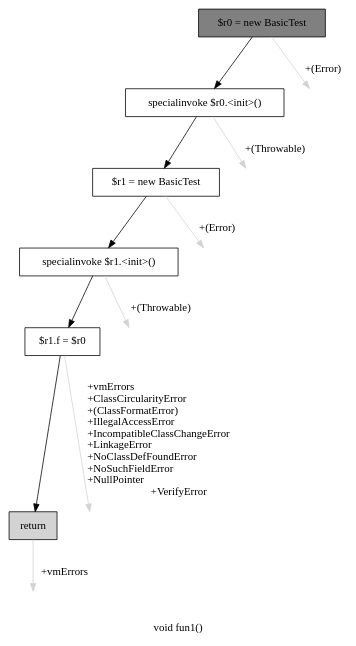
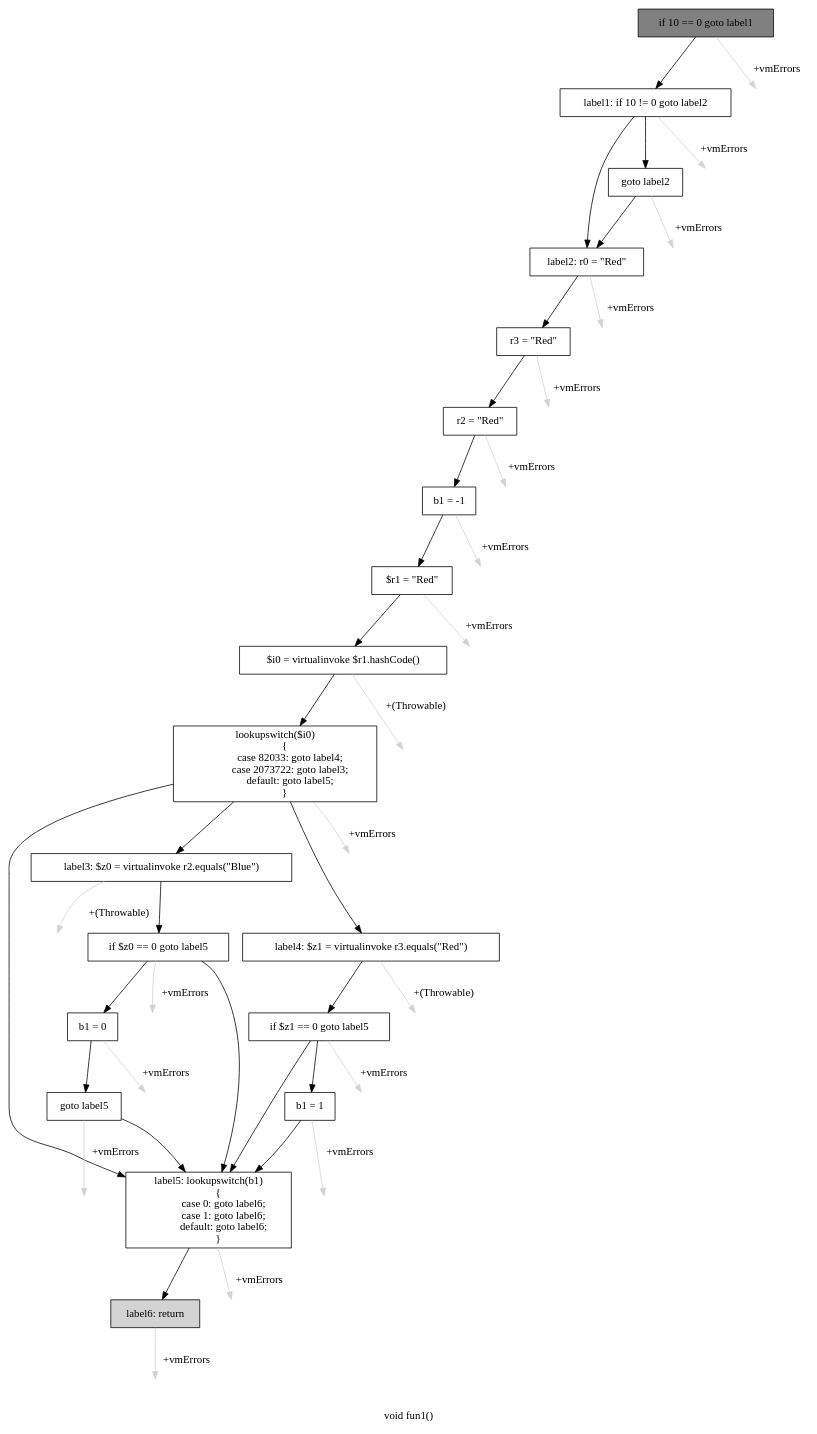
One commit to khushit-shah/PointsToAnalysisJava changed the diagram in cfg.dot. Above: the diagram before and after it, drawn with Graphviz. The commit also changed 13 other files, not shown here.

```diff
--- a/cfg.dot
+++ b/cfg.dot
@@ -1,27 +1,84 @@
 digraph "void fun1()" {
     label="void fun1()";
     node [shape=box];
-    "0" [style=filled,fillcolor=gray,label="$r0 = new BasicTest",];
-    "1" [label="specialinvoke $r0.<init>()",];
+    "0" [style=filled,fillcolor=gray,label="if 10 == 0 goto label1",];
+    "1" [label="label1: if 10 != 0 goto label2",];
     "0"->"1" [color=black,];
-    "6" [style=invis,label="Esc",];
-    "0"->"6" [color=lightgray,label="\l+(Error)",];
-    "2" [label="$r1 = new BasicTest",];
+    "19" [style=invis,label="Esc",];
+    "0"->"19" [color=lightgray,label="\l+vmErrors",];
+    "2" [label="goto label2",];
     "1"->"2" [color=black,];
-    "7" [style=invis,label="Esc",];
-    "1"->"7" [color=lightgray,label="\l+(Throwable)",];
-    "3" [label="specialinvoke $r1.<init>()",];
+    "3" [label="label2: r0 = \"Red\"",];
+    "1"->"3" [color=black,];
+    "20" [style=invis,label="Esc",];
+    "1"->"20" [color=lightgray,label="\l+vmErrors",];
     "2"->"3" [color=black,];
-    "8" [style=invis,label="Esc",];
-    "2"->"8" [color=lightgray,label="\l+(Error)",];
-    "4" [label="$r1.f = $r0",];
+    "21" [style=invis,label="Esc",];
+    "2"->"21" [color=lightgray,label="\l+vmErrors",];
+    "4" [label="r3 = \"Red\"",];
     "3"->"4" [color=black,];
-    "9" [style=invis,label="Esc",];
-    "3"->"9" [color=lightgray,label="\l+(Throwable)",];
-    "5" [style=filled,fillcolor=lightgray,label="return",];
+    "22" [style=invis,label="Esc",];
+    "3"->"22" [color=lightgray,label="\l+vmErrors",];
+    "5" [label="r2 = \"Red\"",];
     "4"->"5" [color=black,];
-    "10" [style=invis,label="Esc",];
-    "4"->"10" [color=lightgray,label="\l+vmErrors\l+ClassCircularityError\l+(ClassFormatError)\l+IllegalAccessError\l+IncompatibleClassChangeError\l+LinkageError\l+NoClassDefFoundError\l+NoSuchFieldError\l+NullPointer\l+VerifyError",];
-    "11" [style=invis,label="Esc",];
-    "5"->"11" [color=lightgray,label="\l+vmErrors",];
+    "23" [style=invis,label="Esc",];
+    "4"->"23" [color=lightgray,label="\l+vmErrors",];
+    "6" [label="b1 = -1",];
+    "5"->"6" [color=black,];
+    "24" [style=invis,label="Esc",];
+    "5"->"24" [color=lightgray,label="\l+vmErrors",];
+    "7" [label="$r1 = \"Red\"",];
+    "6"->"7" [color=black,];
+    "25" [style=invis,label="Esc",];
+    "6"->"25" [color=lightgray,label="\l+vmErrors",];
+    "8" [label="$i0 = virtualinvoke $r1.hashCode()",];
+    "7"->"8" [color=black,];
+    "26" [style=invis,label="Esc",];
+    "7"->"26" [color=lightgray,label="\l+vmErrors",];
+    "9" [label="lookupswitch($i0)\n        {\n            case 82033: goto label4;\n            case 2073722: goto label3;\n            default: goto label5;\n        }",];
+    "8"->"9" [color=black,];
+    "27" [style=invis,label="Esc",];
+    "8"->"27" [color=lightgray,label="\l+(Throwable)",];
+    "10" [label="label3: $z0 = virtualinvoke r2.equals(\"Blue\")",];
+    "9"->"10" [color=black,];
+    "14" [label="label4: $z1 = virtualinvoke r3.equals(\"Red\")",];
+    "9"->"14" [color=black,];
+    "17" [label="label5: lookupswitch(b1)\n        {\n            case 0: goto label6;\n            case 1: goto label6;\n            default: goto label6;\n        }",];
+    "9"->"17" [color=black,];
+    "28" [style=invis,label="Esc",];
+    "9"->"28" [color=lightgray,label="\l+vmErrors",];
+    "11" [label="if $z0 == 0 goto label5",];
+    "10"->"11" [color=black,];
+    "29" [style=invis,label="Esc",];
+    "10"->"29" [color=lightgray,label="\l+(Throwable)",];
+    "12" [label="b1 = 0",];
+    "11"->"12" [color=black,];
+    "11"->"17" [color=black,];
+    "30" [style=invis,label="Esc",];
+    "11"->"30" [color=lightgray,label="\l+vmErrors",];
+    "13" [label="goto label5",];
+    "12"->"13" [color=black,];
+    "31" [style=invis,label="Esc",];
+    "12"->"31" [color=lightgray,label="\l+vmErrors",];
+    "13"->"17" [color=black,];
+    "32" [style=invis,label="Esc",];
+    "13"->"32" [color=lightgray,label="\l+vmErrors",];
+    "15" [label="if $z1 == 0 goto label5",];
+    "14"->"15" [color=black,];
+    "33" [style=invis,label="Esc",];
+    "14"->"33" [color=lightgray,label="\l+(Throwable)",];
+    "16" [label="b1 = 1",];
+    "15"->"16" [color=black,];
+    "15"->"17" [color=black,];
+    "34" [style=invis,label="Esc",];
+    "15"->"34" [color=lightgray,label="\l+vmErrors",];
+    "16"->"17" [color=black,];
+    "35" [style=invis,label="Esc",];
+    "16"->"35" [color=lightgray,label="\l+vmErrors",];
+    "18" [style=filled,fillcolor=lightgray,label="label6: return",];
+    "17"->"18" [color=black,];
+    "36" [style=invis,label="Esc",];
+    "17"->"36" [color=lightgray,label="\l+vmErrors",];
+    "37" [style=invis,label="Esc",];
+    "18"->"37" [color=lightgray,label="\l+vmErrors",];
 }
```
